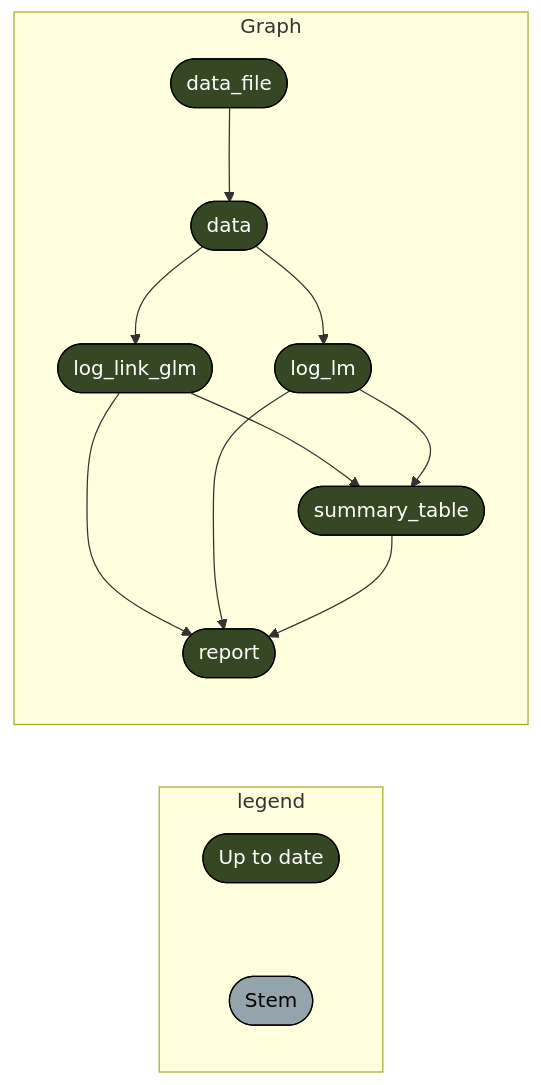
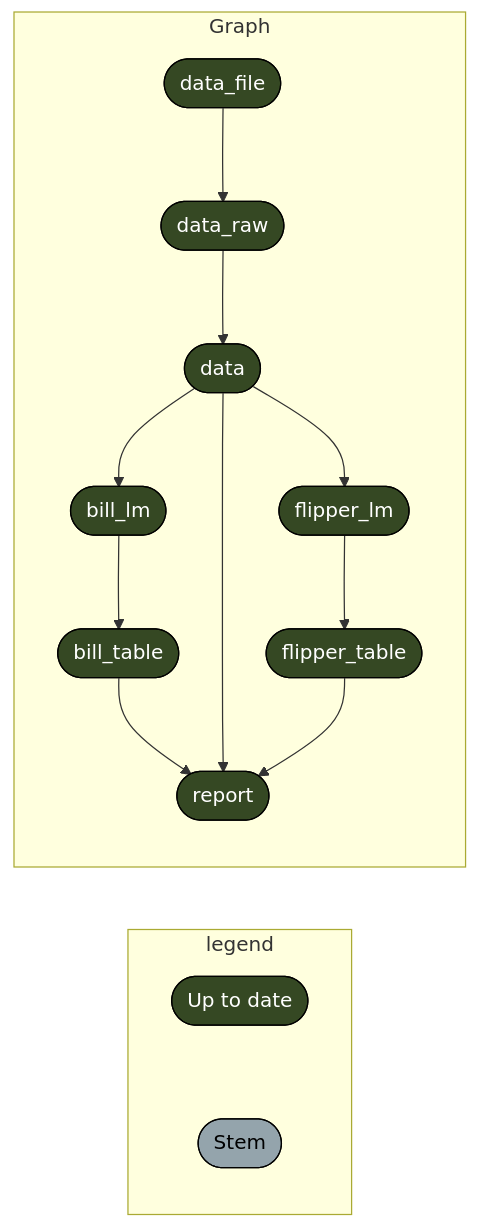
Before and after one commit to cct-datascience/targets-demo: the diagram in README.md, drawn with Mermaid. The commit also changed other lines of this file and 1 other file, not shown here.

````diff
--- a/README.md
+++ b/README.md
@@ -27,19 +27,20 @@
 ``` mermaid
 graph LR
   subgraph legend
     x7420bd9270f8d27d([""Up to date""]):::uptodate --- xbf4603d6c2c2ad6b([""Stem""]):::none
   end
   subgraph Graph
-    x5c3cf6a62d99a036(["log_link_glm"]):::uptodate --> x1aa14e4024bffa08(["summary_table"]):::uptodate
-    x5f659d069b8ddeae(["log_lm"]):::uptodate --> x1aa14e4024bffa08(["summary_table"]):::uptodate
-    xb7119b48552d1da3(["data"]):::uptodate --> x5c3cf6a62d99a036(["log_link_glm"]):::uptodate
-    xb7119b48552d1da3(["data"]):::uptodate --> x5f659d069b8ddeae(["log_lm"]):::uptodate
-    x5c3cf6a62d99a036(["log_link_glm"]):::uptodate --> xe0fba61fbc506510(["report"]):::uptodate
-    x5f659d069b8ddeae(["log_lm"]):::uptodate --> xe0fba61fbc506510(["report"]):::uptodate
-    x1aa14e4024bffa08(["summary_table"]):::uptodate --> xe0fba61fbc506510(["report"]):::uptodate
-    x9902c3bf9eac92fd(["data_file"]):::uptodate --> xb7119b48552d1da3(["data"]):::uptodate
+    x800d4e87e728d3ba(["bill_lm"]):::uptodate --> x9e321d1f4f8e030d(["bill_table"]):::uptodate
+    x06dadf719761c06e(["flipper_lm"]):::uptodate --> x72b7a7fe923e4c45(["flipper_table"]):::uptodate
+    xb7119b48552d1da3(["data"]):::uptodate --> x06dadf719761c06e(["flipper_lm"]):::uptodate
+    x9e321d1f4f8e030d(["bill_table"]):::uptodate --> xe0fba61fbc506510(["report"]):::uptodate
+    xb7119b48552d1da3(["data"]):::uptodate --> xe0fba61fbc506510(["report"]):::uptodate
+    x72b7a7fe923e4c45(["flipper_table"]):::uptodate --> xe0fba61fbc506510(["report"]):::uptodate
+    xceb68984bc4f0d38(["data_raw"]):::uptodate --> xb7119b48552d1da3(["data"]):::uptodate
+    x9902c3bf9eac92fd(["data_file"]):::uptodate --> xceb68984bc4f0d38(["data_raw"]):::uptodate
+    xb7119b48552d1da3(["data"]):::uptodate --> x800d4e87e728d3ba(["bill_lm"]):::uptodate
   end
   classDef uptodate stroke:#000000,color:#ffffff,fill:#354823;
   classDef none stroke:#000000,color:#000000,fill:#94a4ac;
   linkStyle 0 stroke-width:0px;
 ```
````
